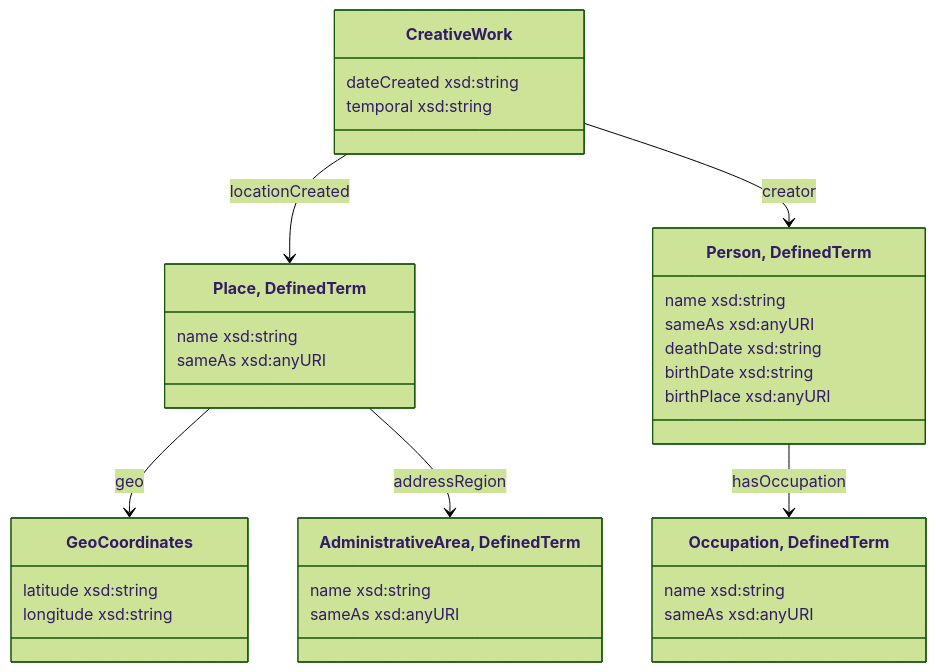
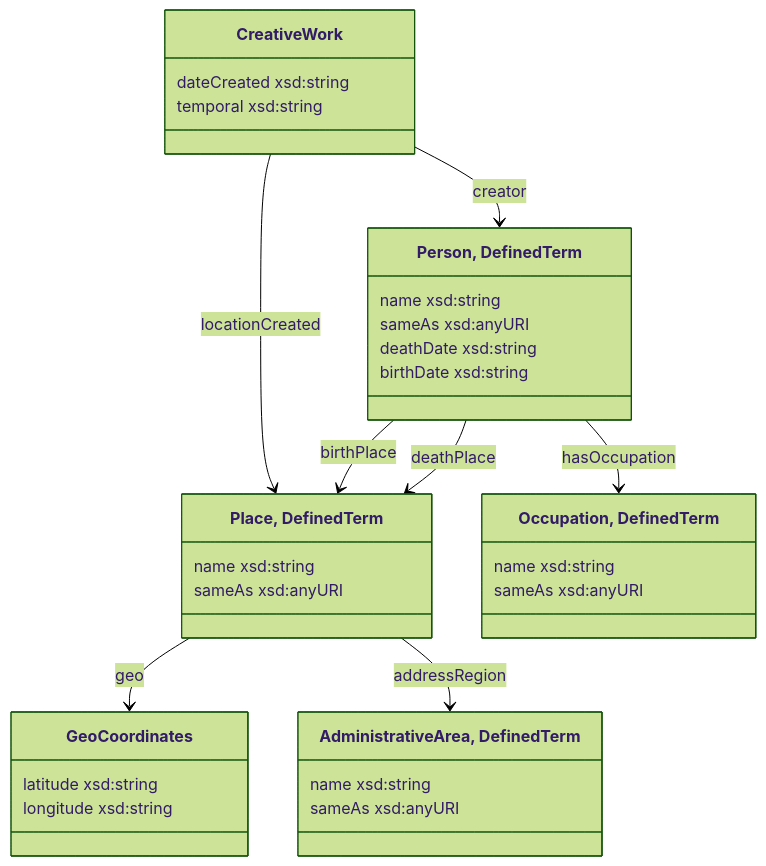
Before and after one commit to collectienederland/schema-profile: the second of 5 diagrams in docs/datamodel.md, drawn with Mermaid. The commit also changed other lines of this file, not shown here.

Commit message:
added deathDate

```diff
--- a/docs/datamodel.md
+++ b/docs/datamodel.md
@@ -99,43 +101,45 @@
 <pre class="mermaid">
 ---
   config:
     theme: forest
     class:
       hideEmptyMembersBox: true
 ---
 classDiagram
 class creativework["CreativeWork"] {
   dateCreated xsd:string
   temporal xsd:string
 }
 class place["Place, DefinedTerm"] {
   name xsd:string
   sameAs xsd:anyURI
 }
 class geocoor["GeoCoordinates"] {
   latitude xsd:string
   longitude xsd:string
 }
 class adminarea["AdministrativeArea, DefinedTerm"] {
   name xsd:string
   sameAs xsd:anyURI
 }
 creativework --> place: locationCreated
 place --> geocoor: geo
 place --> adminarea: addressRegion
 
 class person["Person, DefinedTerm"]{
   name xsd:string 
-   sameAs xsd:anyURI 
+  sameAs xsd:anyURI 
   deathDate xsd:string 
   birthDate xsd:string 
-  birthPlace xsd:anyURI 
 }
+person --> place: birthPlace
+person --> place: deathPlace
+
 creativework --> person: creator
 class occupation["Occupation, DefinedTerm"]{
   name xsd:string 
   sameAs xsd:anyURI 
 }
 
 person --> occupation: hasOccupation
 </pre>
```
